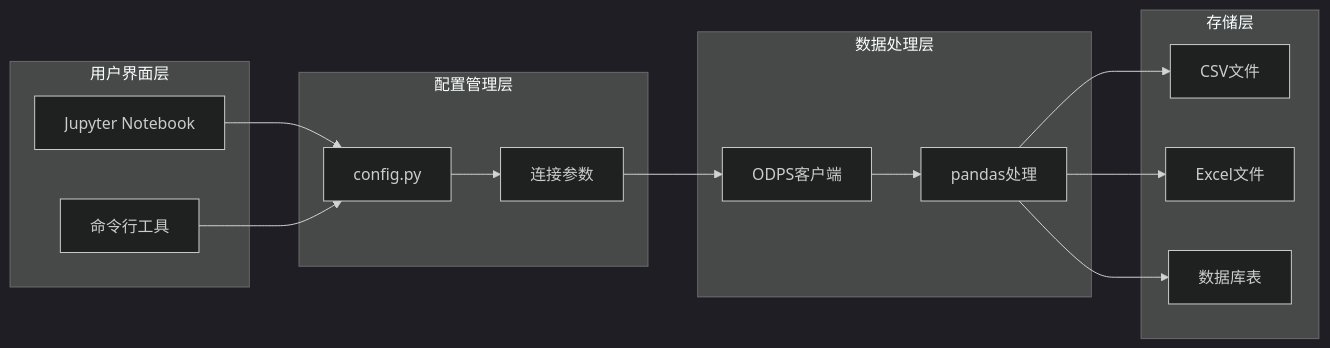
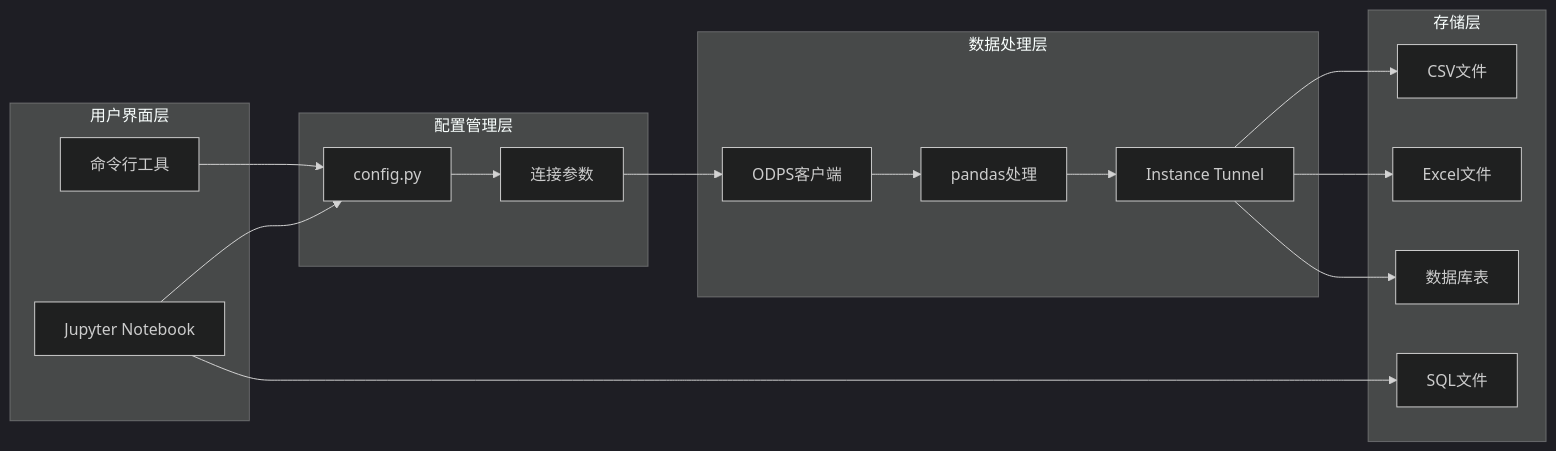
The third of 10 diagrams in .qoder/repowiki/zh/content/Notebook使用指南.md (sd99886/test), drawn with Mermaid (dark theme) before and after one commit. The commit also changed other lines of this file and 195 other files, not shown here.

````diff
--- a/.qoder/repowiki/zh/content/Notebook使用指南.md
+++ b/.qoder/repowiki/zh/content/Notebook使用指南.md
@@ -110,28 +126,32 @@
 ```mermaid
 graph LR
 subgraph "用户界面层"
 A[Jupyter Notebook]
 B[命令行工具]
 end
 subgraph "配置管理层"
 C[config.py]
 D[连接参数]
 end
 subgraph "数据处理层"
 E[ODPS客户端]
 F[pandas处理]
+G[Instance Tunnel]
 end
 subgraph "存储层"
-G[CSV文件]
-H[Excel文件]
-I[数据库表]
+H[CSV文件]
+I[Excel文件]
+J[数据库表]
+K[SQL文件]
 end
 A --> C
 B --> C
 C --> D
 D --> E
 E --> F
 F --> G
-F --> H
-F --> I
+G --> H
+G --> I
+G --> J
+A --> K
 ```
````
